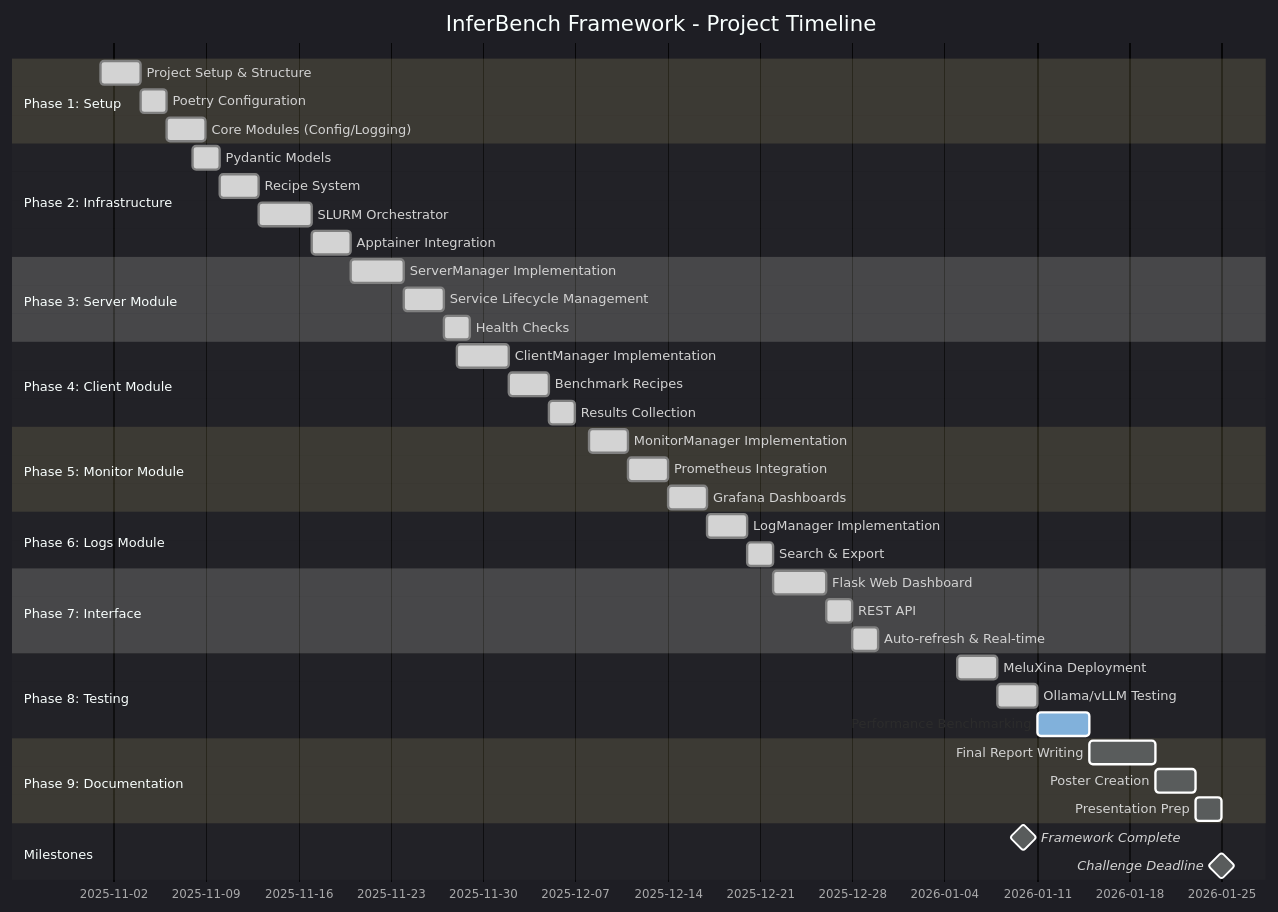
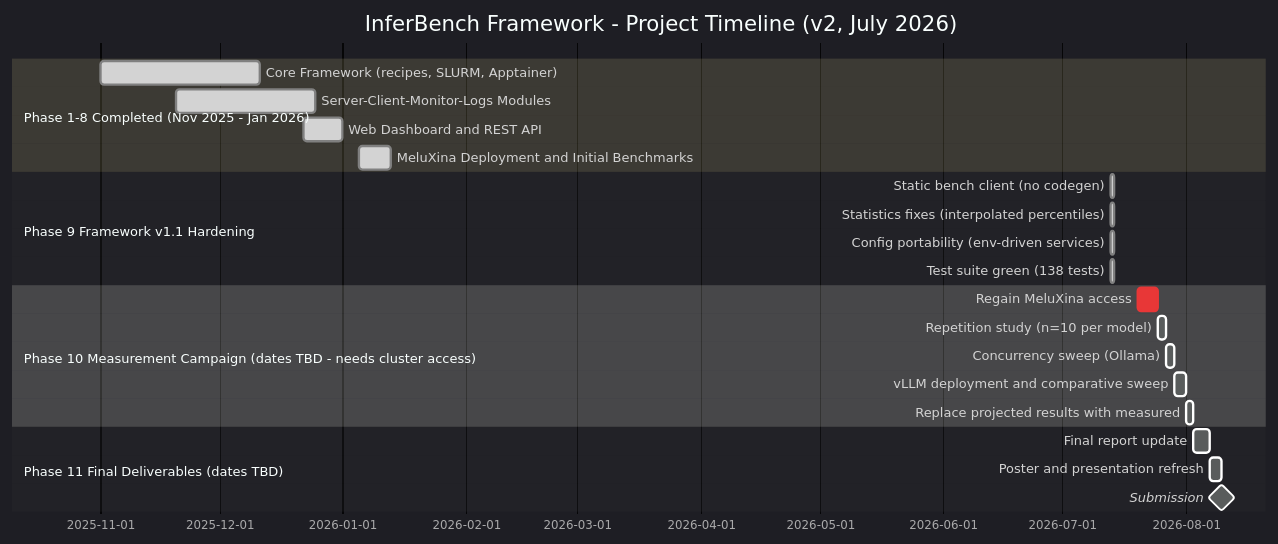
Before and after one commit to moa155/InferBench: the diagram in docs/timeflow.mermaid, drawn with Mermaid. The commit also changed 12 other files, not shown here.

First line of the commit message:
feat: v1.1 hardening - static bench client, concurrency sweep, stats fixes

```diff
--- a/docs/timeflow.mermaid
+++ b/docs/timeflow.mermaid
@@ -1,66 +1,41 @@
 %%{
   init: {
     'theme': 'dark',
     'themeVariables': {
       'primaryColor': '#2ecc71',
       'primaryTextColor': '#fff',
       'primaryBorderColor': '#27ae60',
       'lineColor': '#3498db',
       'secondaryColor': '#9b59b6',
       'tertiaryColor': '#e74c3c'
     }
   }
 }%%
 
 gantt
-    title InferBench Framework - Project Timeline
+    title InferBench Framework - Project Timeline (v2, July 2026)
     dateFormat  YYYY-MM-DD
-    
-    section Phase 1: Setup
-    Project Setup & Structure    :done, p1, 2025-11-01, 3d
-    Poetry Configuration         :done, p1b, after p1, 2d
-    Core Modules (Config/Logging):done, p1c, after p1b, 3d
-    
-    section Phase 2: Infrastructure
-    Pydantic Models              :done, p2, 2025-11-08, 2d
-    Recipe System                :done, p2b, after p2, 3d
-    SLURM Orchestrator           :done, p2c, after p2b, 4d
-    Apptainer Integration        :done, p2d, after p2c, 3d
-    
-    section Phase 3: Server Module
-    ServerManager Implementation :done, p3, 2025-11-20, 4d
-    Service Lifecycle Management :done, p3b, after p3, 3d
-    Health Checks                :done, p3c, after p3b, 2d
-    
-    section Phase 4: Client Module
-    ClientManager Implementation :done, p4, 2025-11-28, 4d
-    Benchmark Recipes            :done, p4b, after p4, 3d
-    Results Collection           :done, p4c, after p4b, 2d
-    
-    section Phase 5: Monitor Module
-    MonitorManager Implementation:done, p5, 2025-12-08, 3d
-    Prometheus Integration       :done, p5b, after p5, 3d
-    Grafana Dashboards           :done, p5c, after p5b, 3d
-    
-    section Phase 6: Logs Module
-    LogManager Implementation    :done, p6, 2025-12-17, 3d
-    Search & Export              :done, p6b, after p6, 2d
-    
-    section Phase 7: Interface
-    Flask Web Dashboard          :done, p7, 2025-12-22, 4d
-    REST API                     :done, p7b, after p7, 2d
-    Auto-refresh & Real-time     :done, p7c, after p7b, 2d
-    
-    section Phase 8: Testing
-    MeluXina Deployment          :done, p8, 2026-01-05, 3d
-    Ollama/vLLM Testing          :done, p8b, after p8, 3d
-    Performance Benchmarking     :active, p8c, after p8b, 4d
-    
-    section Phase 9: Documentation
-    Final Report Writing         :p9, 2026-01-15, 5d
-    Poster Creation              :p9b, after p9, 3d
-    Presentation Prep            :p9c, after p9b, 2d
-    
-    section Milestones
-    Framework Complete           :milestone, m1, 2026-01-10, 0d
-    Challenge Deadline           :milestone, m2, 2026-01-25, 0d
+
+    section Phase 1-8 Completed (Nov 2025 - Jan 2026)
+    Core Framework (recipes, SLURM, Apptainer)  :done, c1, 2025-11-01, 40d
+    Server-Client-Monitor-Logs Modules          :done, c2, 2025-11-20, 35d
+    Web Dashboard and REST API                  :done, c3, 2025-12-22, 10d
+    MeluXina Deployment and Initial Benchmarks  :done, c4, 2026-01-05, 8d
+
+    section Phase 9 Framework v1.1 Hardening
+    Static bench client (no codegen)            :done, h1, 2026-07-13, 1d
+    Statistics fixes (interpolated percentiles) :done, h2, 2026-07-13, 1d
+    Config portability (env-driven services)    :done, h3, 2026-07-13, 1d
+    Test suite green (138 tests)                :done, h4, 2026-07-13, 1d
+
+    section Phase 10 Measurement Campaign (dates TBD - needs cluster access)
+    Regain MeluXina access                      :crit, m1, 2026-07-20, 5d
+    Repetition study (n=10 per model)           :m2, after m1, 2d
+    Concurrency sweep (Ollama)                  :m3, after m2, 2d
+    vLLM deployment and comparative sweep       :m4, after m3, 3d
+    Replace projected results with measured     :m5, after m4, 2d
+
+    section Phase 11 Final Deliverables (dates TBD)
+    Final report update                         :d1, after m5, 4d
+    Poster and presentation refresh             :d2, after d1, 3d
+    Submission                                  :milestone, d3, after d2, 0d
```
